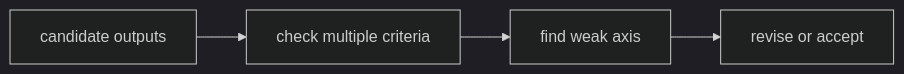
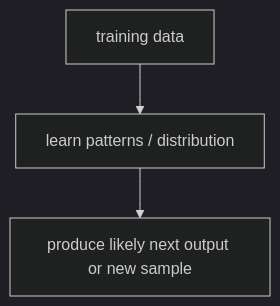
One commit to devchan64/AiBook changed the first of 2 diagrams in docs/parts/part-05/chapter-15/section-01.md. Above: the diagram before and after it, drawn with Mermaid (dark theme). The commit also changed other lines of this file and 213 other files, not shown here.

````diff
--- a/docs/parts/part-05/chapter-15/section-01.md
+++ b/docs/parts/part-05/chapter-15/section-01.md
@@ -172,11 +159,9 @@
 ```mermaid
-flowchart LR
-  A["candidate outputs"]
-  B["check multiple criteria"]
-  C["find weak axis"]
-  D["revise or accept"]
+flowchart TD
+  A["training data"]
+  B["learn patterns / distribution"]
+  C["produce likely next output or new sample"]
 
   A --> B
   B --> C
-  C --> D
 ```
````
